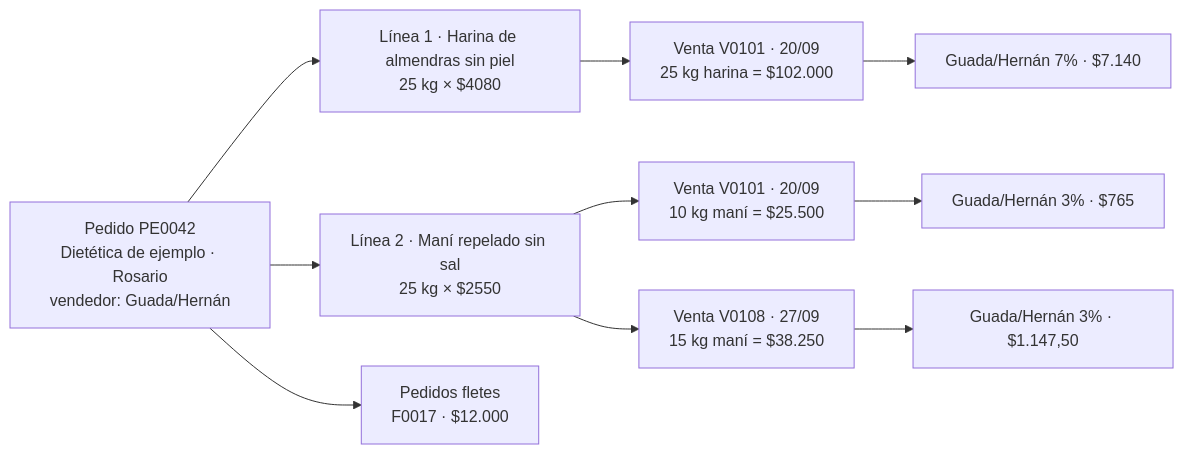
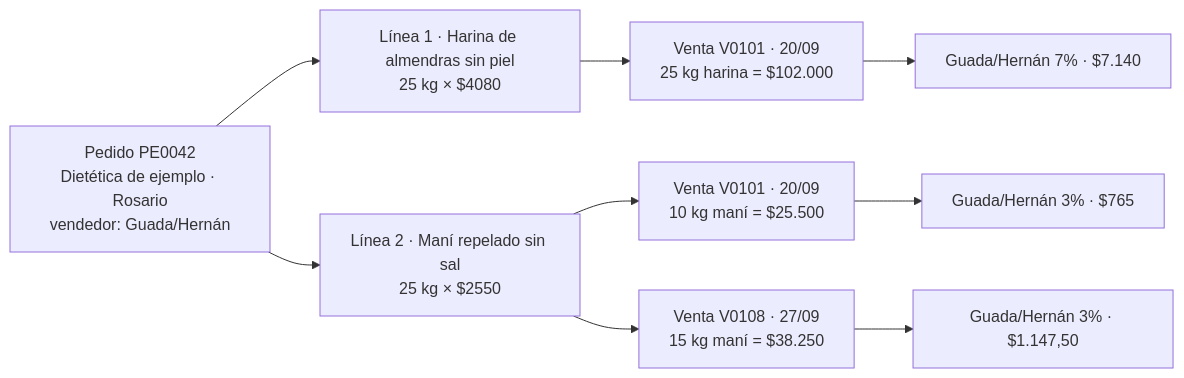
One commit to magalipujol/ERPeq changed the seventh of 12 diagrams in spec/modelo-de-datos.md. Above: the diagram before and after it, drawn with Mermaid. The commit also changed other lines of this file and 33 other files, not shown here.

First line of the commit message:
Fletes sin pedidos, salida y llegada previstas y cobro de envío

````diff
--- a/spec/modelo-de-datos.md
+++ b/spec/modelo-de-datos.md
@@ -502,13 +523,12 @@
 ```mermaid
 flowchart LR
     PE["Pedido PE0042<br/>Dietética de ejemplo · Rosario<br/>vendedor: Guada/Hernán"]
     PE --> L1["Línea 1 · Harina de almendras sin piel<br/>25 kg × $4080"]
     PE --> L2["Línea 2 · Maní repelado sin sal<br/>25 kg × $2550"]
-    PE --> PF["Pedidos fletes<br/>F0017 · $12.000"]
     L1 --> V1["Venta V0101 · 20/09<br/>25 kg harina = $102.000"]
     L2 --> V1b["Venta V0101 · 20/09<br/>10 kg maní = $25.500"]
     L2 --> V2["Venta V0108 · 27/09<br/>15 kg maní = $38.250"]
     V1 --> C1["Guada/Hernán 7% · $7.140"]
     V1b --> C2["Guada/Hernán 3% · $765"]
     V2 --> C3["Guada/Hernán 3% · $1.147,50"]
 ```
````
